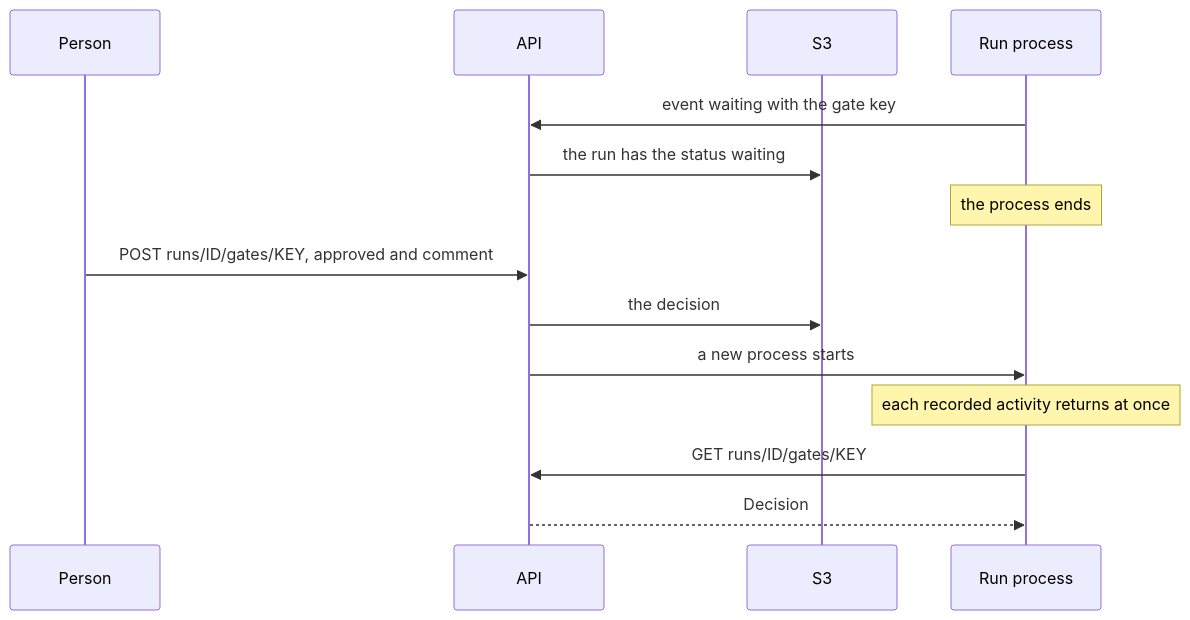
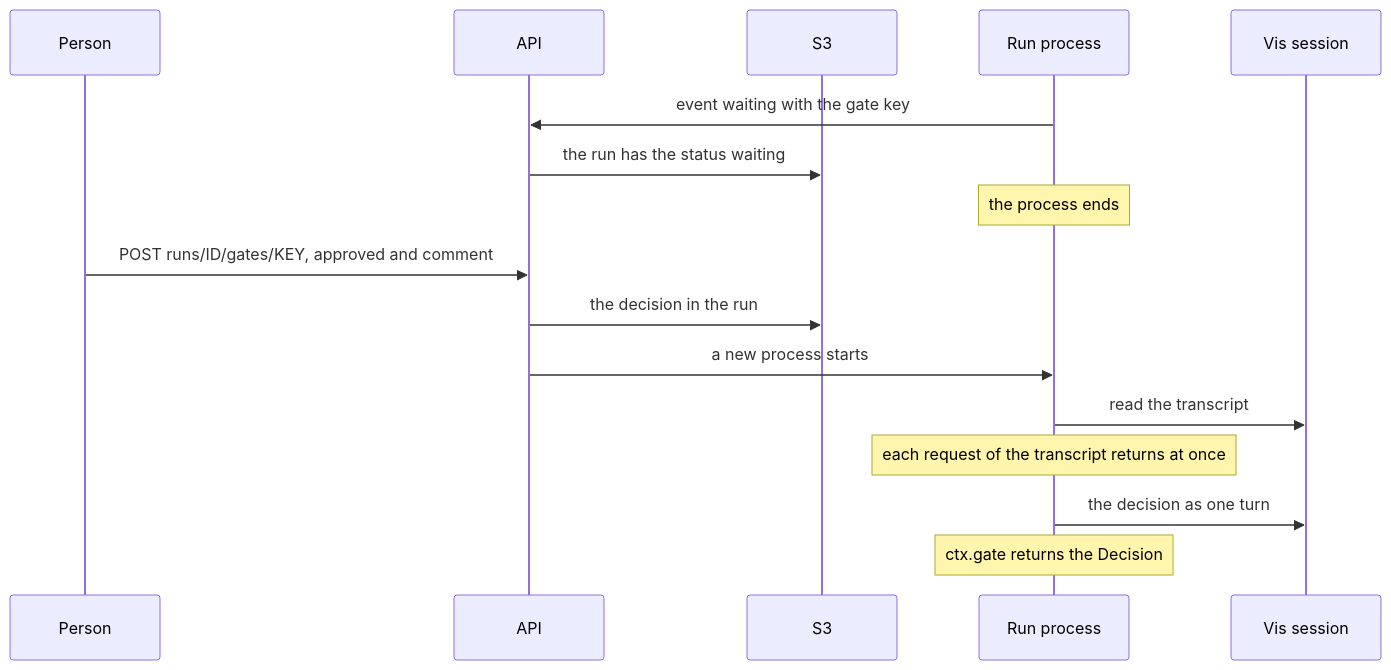
Before and after one commit to Blockether/vis: the second of 3 diagrams in examples/durable-lambda/README.md, drawn with Mermaid. The commit also changed other lines of this file and 11 other files, not shown here.

First line of the commit message:
feat(examples): the transcript records a run, a retry forks it

````diff
--- a/examples/durable-lambda/README.md
+++ b/examples/durable-lambda/README.md
@@ -123,16 +130,18 @@
 ```mermaid
 sequenceDiagram
   participant P as Person
   participant A as API
   participant S as S3
   participant R as Run process
+  participant V as Vis session
   R->>A: event waiting with the gate key
   A->>S: the run has the status waiting
   Note over R: the process ends
   P->>A: POST runs/ID/gates/KEY, approved and comment
-  A->>S: the decision
+  A->>S: the decision in the run
   A->>R: a new process starts
-  Note over R: each recorded activity returns at once
-  R->>A: GET runs/ID/gates/KEY
-  A-->>R: Decision
+  R->>V: read the transcript
+  Note over R: each request of the transcript returns at once
+  R->>V: the decision as one turn
+  Note over R: ctx.gate returns the Decision
 ```
````
